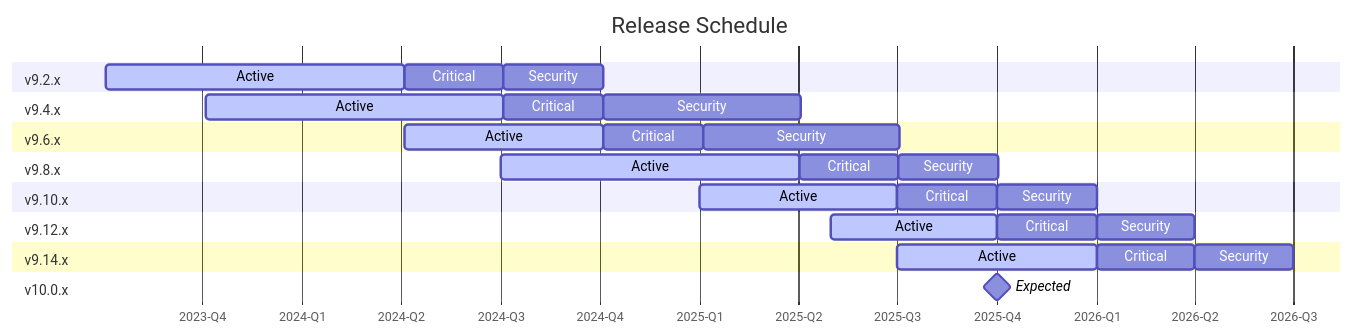
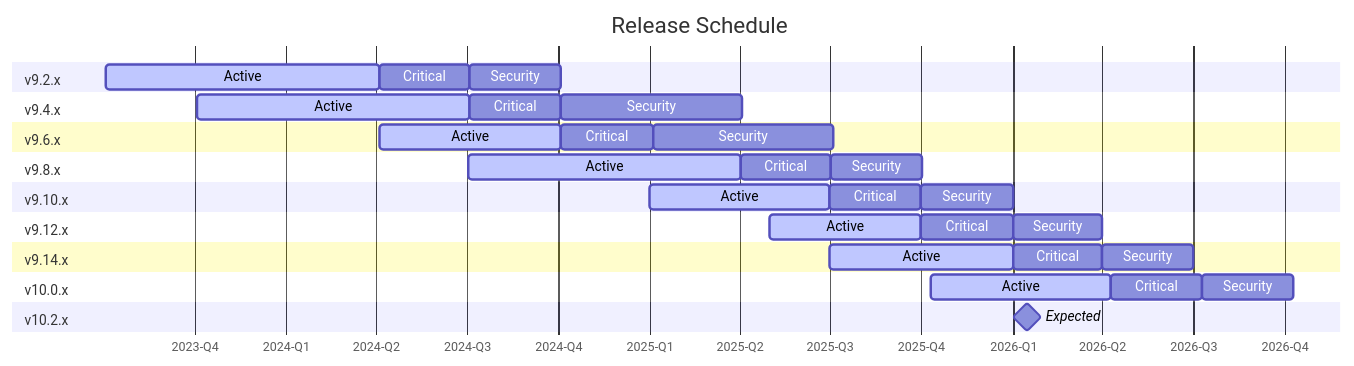
The diagram in README.md (hpcc-systems/HPCC-Platform), drawn with Mermaid before and after one commit. The commit also changed 1 other file, not shown here.

Commit message:
Update version numbers to match new release

````diff
--- a/README.md
+++ b/README.md
@@ -18,40 +18,44 @@
 ```mermaid
 ---
 displayMode: compact
 ---
 gantt
     title Release Schedule
     axisFormat %Y-Q%q
     tickInterval 3month
     dateFormat YYYY-MM-DD
     section v9.2.x
         Active:          active, 2023-07-04, 9M
         Critical:        3M
         Security:        3M
     section v9.4.x
         Active:          active, 2023-10-04, 9M
         Critical:        3M
         Security:        6M
     section v9.6.x
         Active:          active, 2024-04-04, 6M
         Critical:        3M
         Security:        6M
     section v9.8.x
         Active:          active, 2024-07-02, 9M
         Critical:        3M
         Security:        3M
     section v9.10.x
         Active:          active, 2025-01-01, 6M
         Critical:        3M
         Security:        3M
     section v9.12.x
         Active:          active, 2025-05-01, 5M
         Critical:        3M
         Security:        3M
     section v9.14.x
         Active:          active, 2025-07-01, 6M
         Critical:        3M
         Security:        3M
     section v10.0.x
-        Expected:        milestone, 2025-10-01, 0M
+        Active:          active, 2025-10-10, 6M
+        Critical:        3M
+        Security:        3M
+    section v10.2.x
+        Expected:        milestone, 2026-01-15, 0M
 ```
````
